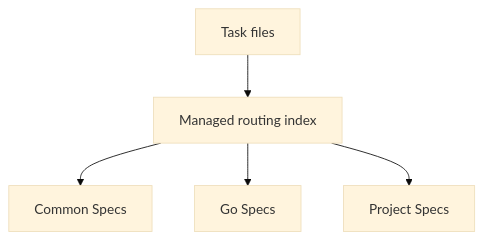
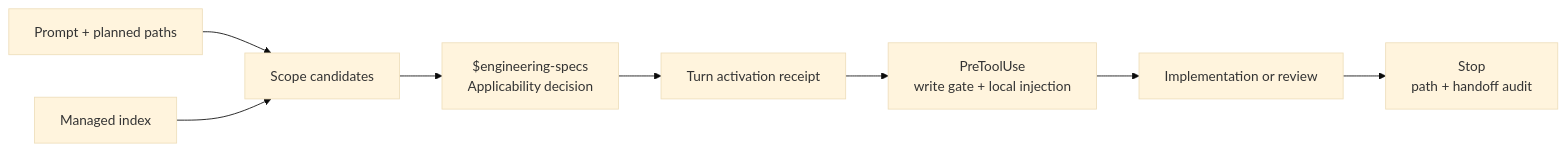
One commit to XiaoWeiKIN/RepoFoundryAI changed the second of 2 diagrams in docs/design-docs/engineering-spec-management.md. Above: the diagram before and after it, drawn with Mermaid (base theme). The commit also changed other lines of this file and 25 other files, not shown here.

Commit message:
feat: enforce task-time specification activation

````diff
--- a/docs/design-docs/engineering-spec-management.md
+++ b/docs/design-docs/engineering-spec-management.md
@@ -301,7 +334,10 @@
 ```mermaid
-flowchart TB
-    A["Task files"] --> I["Managed routing index"]
-    I --> C["Common Specs"]
-    I --> G["Go Specs"]
-    I --> X["Project Specs"]
+flowchart LR
+    P["Prompt + planned paths"] --> S["Scope candidates"]
+    I["Managed index"] --> S
+    S --> R["$engineering-specs<br/>Applicability decision"]
+    R --> E["Turn activation receipt"]
+    E --> H["PreToolUse<br/>write gate + local injection"]
+    H --> W["Implementation or review"]
+    W --> A["Stop<br/>path + handoff audit"]
 ```
````
